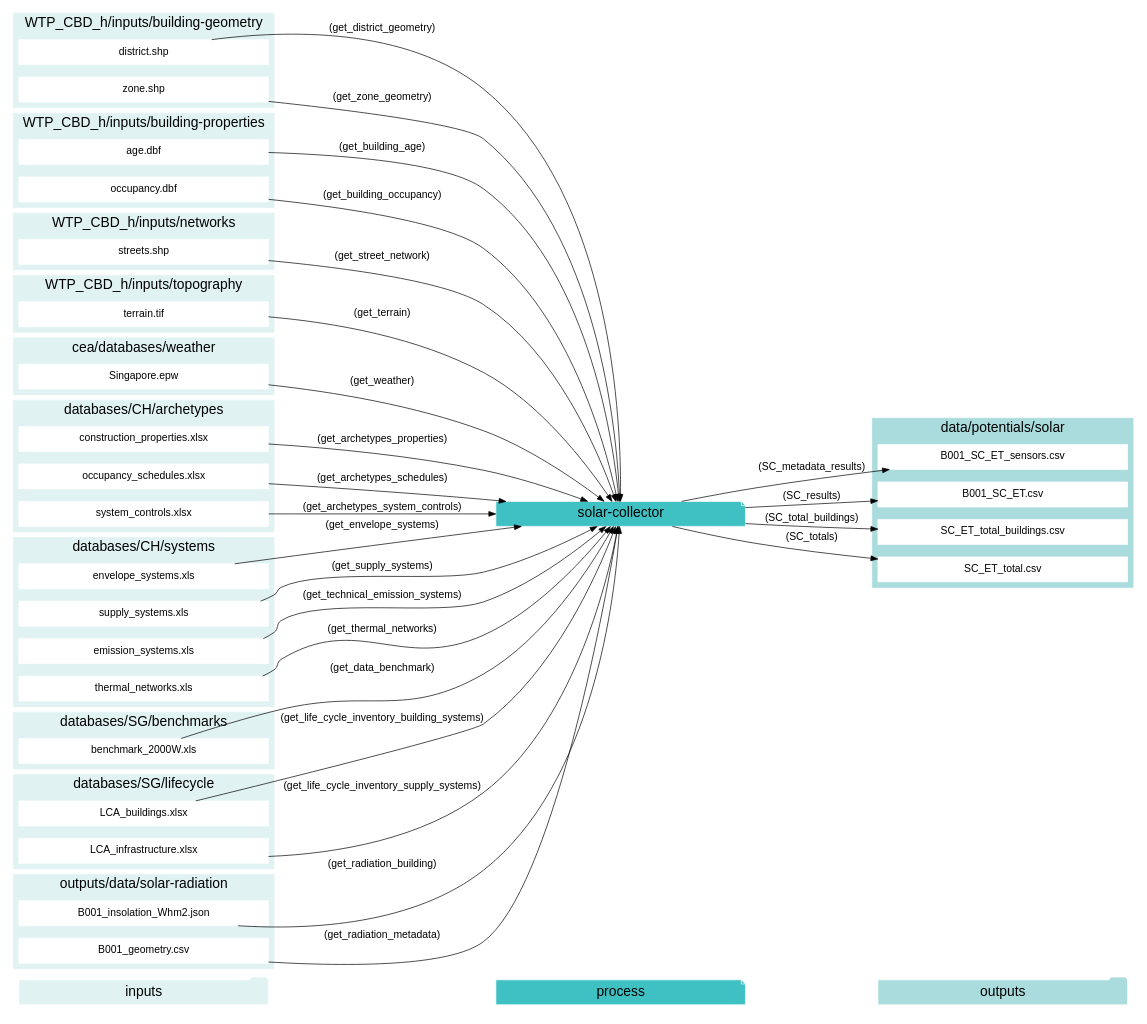
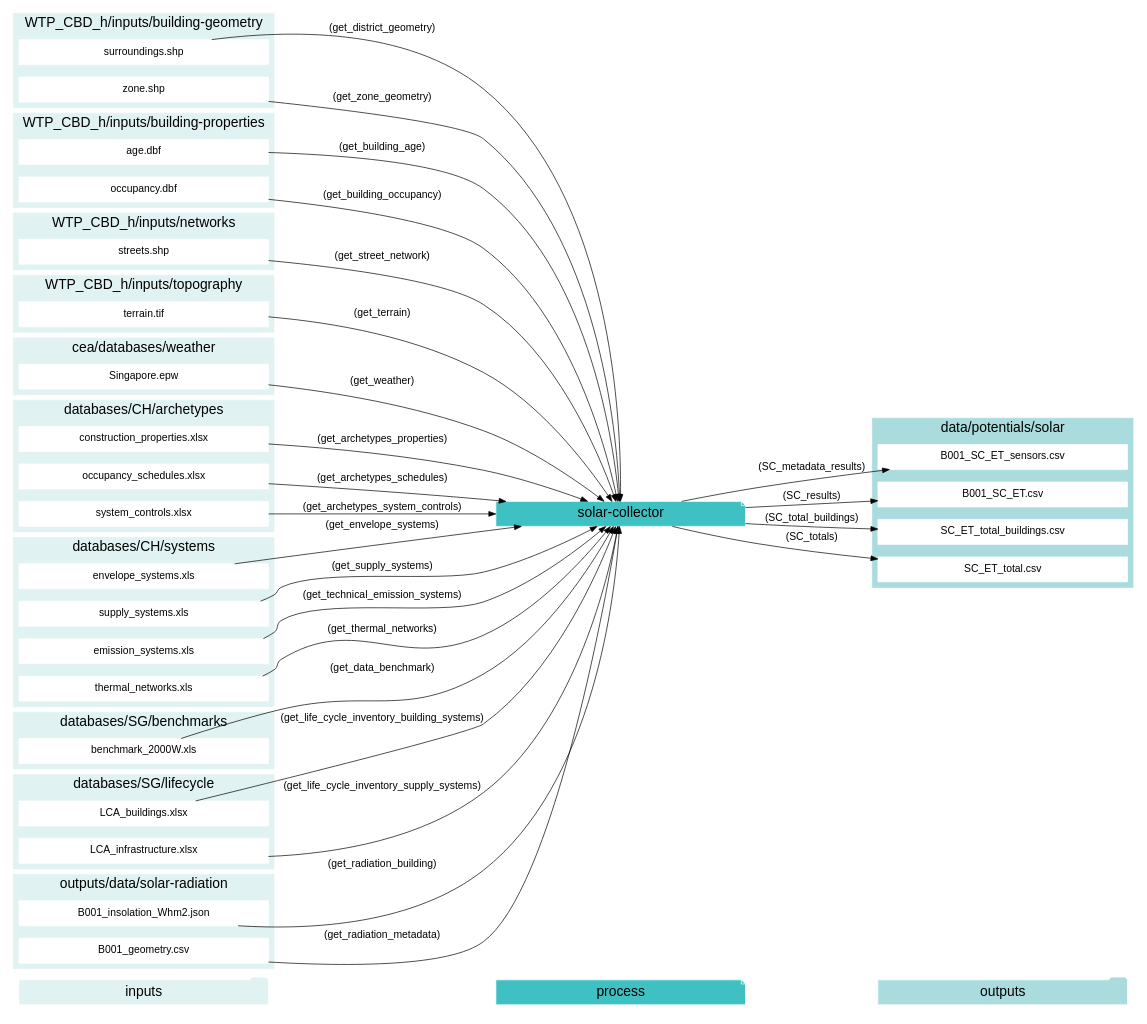
One commit to architecture-building-systems/CityEnergyAnalyst changed the diagram in docs/graphviz/solar-collector.gv. Above: the diagram before and after it, drawn with Graphviz. The commit also changed 40 other files, not shown here.

Commit message:
renaming district to surroundings

```diff
--- a/docs/graphviz/solar-collector.gv
+++ b/docs/graphviz/solar-collector.gv
@@ -1,140 +1,140 @@
 digraph trace_inputlocator {
     rankdir="LR";
     graph [overlap=false, fontname=arial];
     node [shape=box, style=filled, color=white, fontsize=15, fontname=arial, fixedsize=true, width=5];
     edge [fontname=arial, fontsize = 15]
     newrank=true
     subgraph cluster_legend {
     fontsize=25
     style=invis
     "process"[style=filled, fillcolor="#3FC0C2", shape=note, fontsize=20, fontname="arial"]
     "inputs" [style=filled, shape=folder, color=white, fillcolor="#E1F2F2", fontsize=20]
     "outputs"[style=filled, shape=folder, color=white, fillcolor="#aadcdd", fontsize=20]
     "inputs"->"process"[style=invis]
     "process"->"outputs"[style=invis]
     }
     "solar-collector"[style=filled, color=white, fillcolor="#3FC0C2", shape=note, fontsize=20, fontname=arial];
     subgraph cluster_0_in {
         style = filled;
         color = "#E1F2F2";
         fontsize = 20;
         rank=same;
         label="WTP_CBD_h/inputs/building-geometry";
-        "district.shp"
+        "surroundings.shp"
         "zone.shp"
     }
     subgraph cluster_1_in {
         style = filled;
         color = "#E1F2F2";
         fontsize = 20;
         rank=same;
         label="WTP_CBD_h/inputs/building-properties";
         "age.dbf"
         "occupancy.dbf"
     }
     subgraph cluster_2_in {
         style = filled;
         color = "#E1F2F2";
         fontsize = 20;
         rank=same;
         label="WTP_CBD_h/inputs/networks";
         "streets.shp"
     }
     subgraph cluster_3_in {
         style = filled;
         color = "#E1F2F2";
         fontsize = 20;
         rank=same;
         label="WTP_CBD_h/inputs/topography";
         "terrain.tif"
     }
     subgraph cluster_4_in {
         style = filled;
         color = "#E1F2F2";
         fontsize = 20;
         rank=same;
         label="cea/databases/weather";
         "Singapore.epw"
     }
     subgraph cluster_5_out {
         style = filled;
         color = "#aadcdd";
         fontsize = 20;
         rank=same;
         label="data/potentials/solar";
         "B001_SC_ET_sensors.csv"
         "B001_SC_ET.csv"
         "SC_ET_total_buildings.csv"
         "SC_ET_total.csv"
     }
     subgraph cluster_6_in {
         style = filled;
         color = "#E1F2F2";
         fontsize = 20;
         rank=same;
         label="databases/CH/archetypes";
         "construction_properties.xlsx"
         "occupancy_schedules.xlsx"
         "system_controls.xlsx"
     }
     subgraph cluster_7_in {
         style = filled;
         color = "#E1F2F2";
         fontsize = 20;
         rank=same;
         label="databases/CH/systems";
         "envelope_systems.xls"
         "supply_systems.xls"
         "emission_systems.xls"
         "thermal_networks.xls"
     }
     subgraph cluster_8_in {
         style = filled;
         color = "#E1F2F2";
         fontsize = 20;
         rank=same;
         label="databases/SG/benchmarks";
         "benchmark_2000W.xls"
     }
     subgraph cluster_9_in {
         style = filled;
         color = "#E1F2F2";
         fontsize = 20;
         rank=same;
         label="databases/SG/lifecycle";
         "LCA_buildings.xlsx"
         "LCA_infrastructure.xlsx"
     }
     subgraph cluster_10_in {
         style = filled;
         color = "#E1F2F2";
         fontsize = 20;
         rank=same;
         label="outputs/data/solar-radiation";
         "B001_insolation_Whm2.json"
         "B001_geometry.csv"
     }
     "construction_properties.xlsx" -> "solar-collector"[label="(get_archetypes_properties)"]
     "occupancy_schedules.xlsx" -> "solar-collector"[label="(get_archetypes_schedules)"]
     "system_controls.xlsx" -> "solar-collector"[label="(get_archetypes_system_controls)"]
     "age.dbf" -> "solar-collector"[label="(get_building_age)"]
     "occupancy.dbf" -> "solar-collector"[label="(get_building_occupancy)"]
     "benchmark_2000W.xls" -> "solar-collector"[label="(get_data_benchmark)"]
-    "district.shp" -> "solar-collector"[label="(get_district_geometry)"]
+    "surroundings.shp" -> "solar-collector"[label="(get_district_geometry)"]
     "envelope_systems.xls" -> "solar-collector"[label="(get_envelope_systems)"]
     "LCA_buildings.xlsx" -> "solar-collector"[label="(get_life_cycle_inventory_building_systems)"]
     "LCA_infrastructure.xlsx" -> "solar-collector"[label="(get_life_cycle_inventory_supply_systems)"]
     "B001_insolation_Whm2.json" -> "solar-collector"[label="(get_radiation_building)"]
     "B001_geometry.csv" -> "solar-collector"[label="(get_radiation_metadata)"]
     "streets.shp" -> "solar-collector"[label="(get_street_network)"]
     "supply_systems.xls" -> "solar-collector"[label="(get_supply_systems)"]
     "emission_systems.xls" -> "solar-collector"[label="(get_technical_emission_systems)"]
     "terrain.tif" -> "solar-collector"[label="(get_terrain)"]
     "thermal_networks.xls" -> "solar-collector"[label="(get_thermal_networks)"]
     "Singapore.epw" -> "solar-collector"[label="(get_weather)"]
     "zone.shp" -> "solar-collector"[label="(get_zone_geometry)"]
     "solar-collector" -> "B001_SC_ET_sensors.csv"[label="(SC_metadata_results)"]
     "solar-collector" -> "B001_SC_ET.csv"[label="(SC_results)"]
     "solar-collector" -> "SC_ET_total_buildings.csv"[label="(SC_total_buildings)"]
     "solar-collector" -> "SC_ET_total.csv"[label="(SC_totals)"]
     }
```
